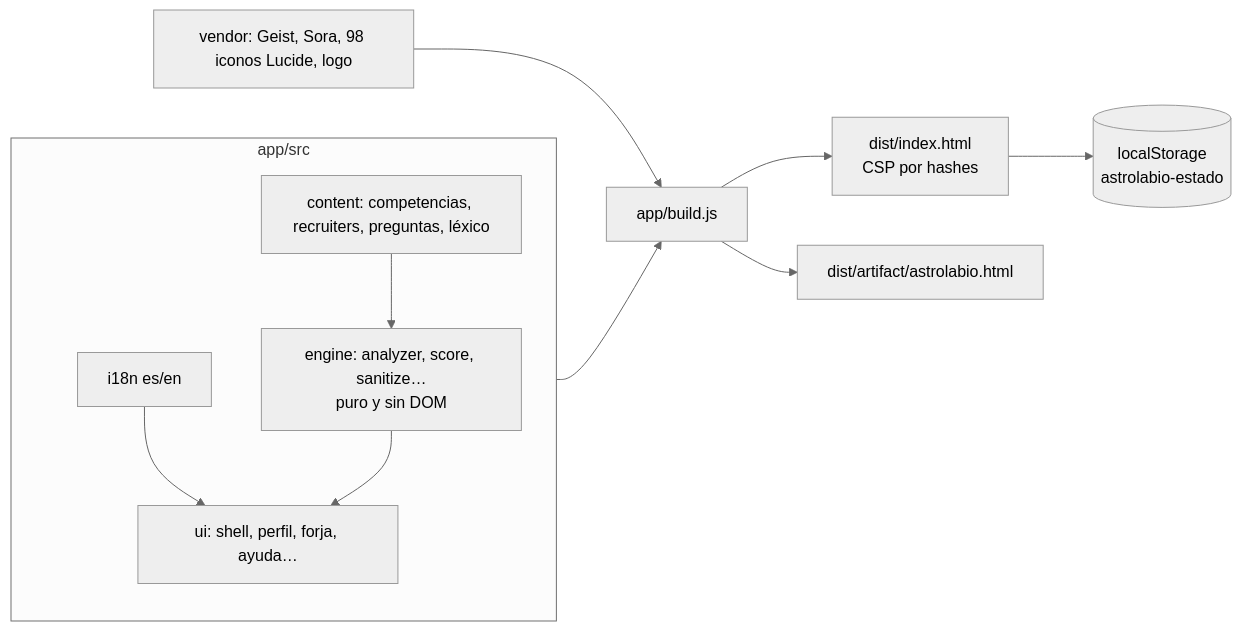
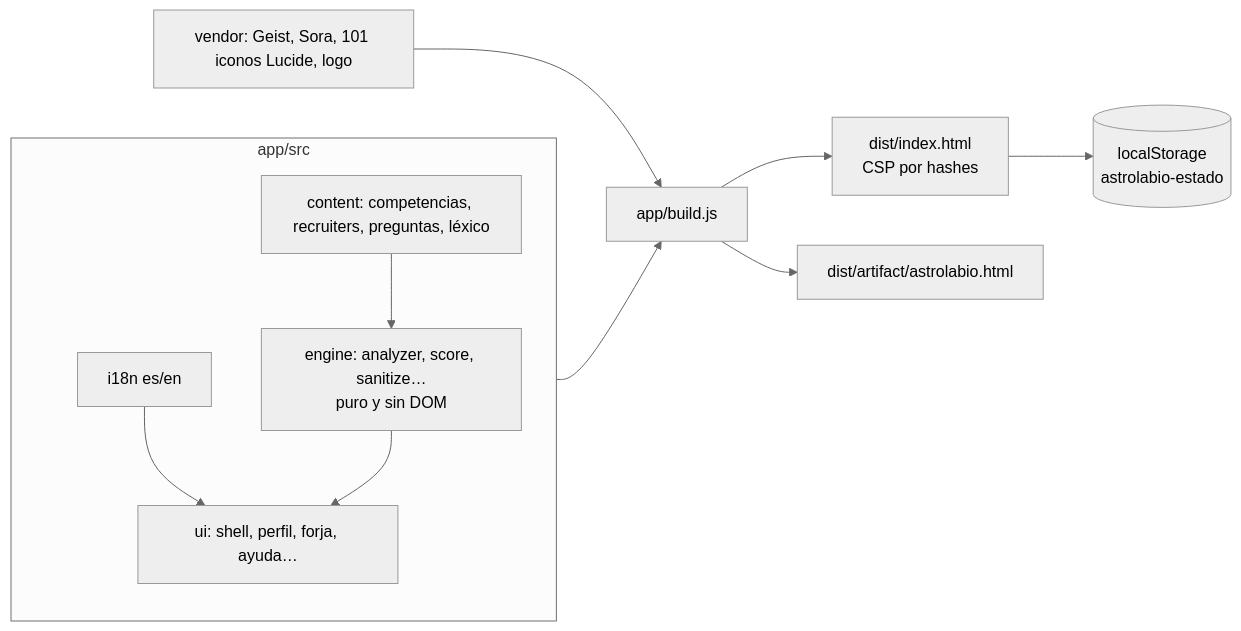
One commit to heindall92/astrolabio changed the fourth of 4 diagrams in README.md. Above: the diagram before and after it, drawn with Mermaid (neutral theme). The commit also changed other lines of this file and 24 other files, not shown here.

````diff
--- a/README.md
+++ b/README.md
@@ -151,13 +151,13 @@
 ```mermaid
 flowchart LR
   subgraph src[app/src]
     I18N[i18n es/en] --> UI
     CONT[content: competencias, recruiters, preguntas, léxico] --> ENG
     ENG[engine: analyzer, score, sanitize…<br/>puro y sin DOM] --> UI[ui: shell, perfil, forja, ayuda…]
   end
-  V[vendor: Geist, Sora, 98 iconos Lucide, logo] --> B
+  V[vendor: Geist, Sora, 101 iconos Lucide, logo] --> B
   src --> B[app/build.js]
   B --> D[dist/index.html<br/>CSP por hashes]
   B --> A[dist/artifact/astrolabio.html]
   D --> LS[(localStorage<br/>astrolabio-estado)]
 ```
````
